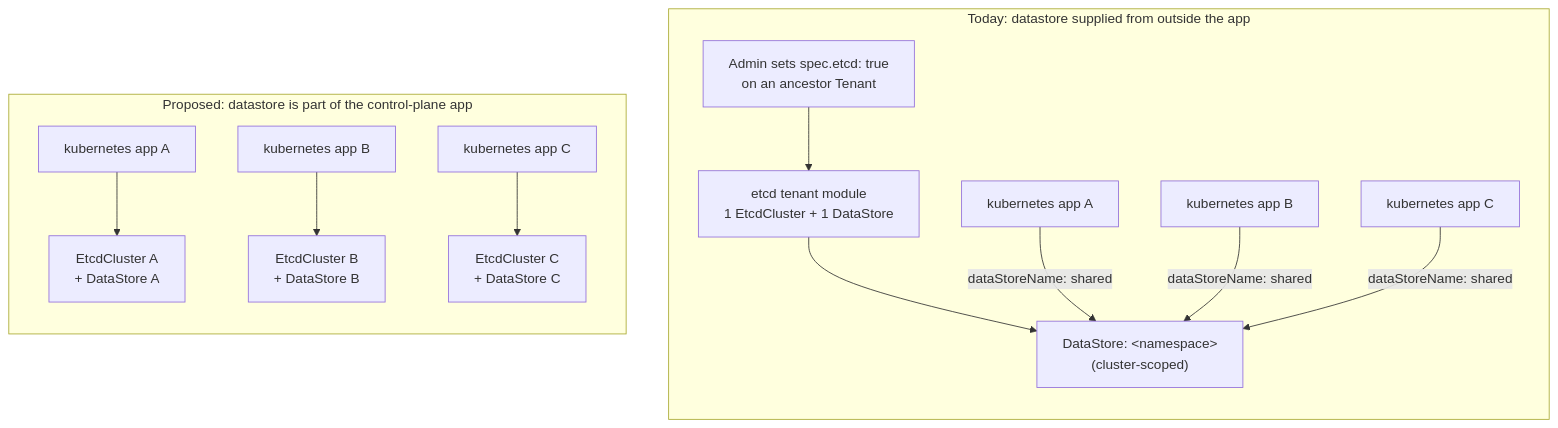
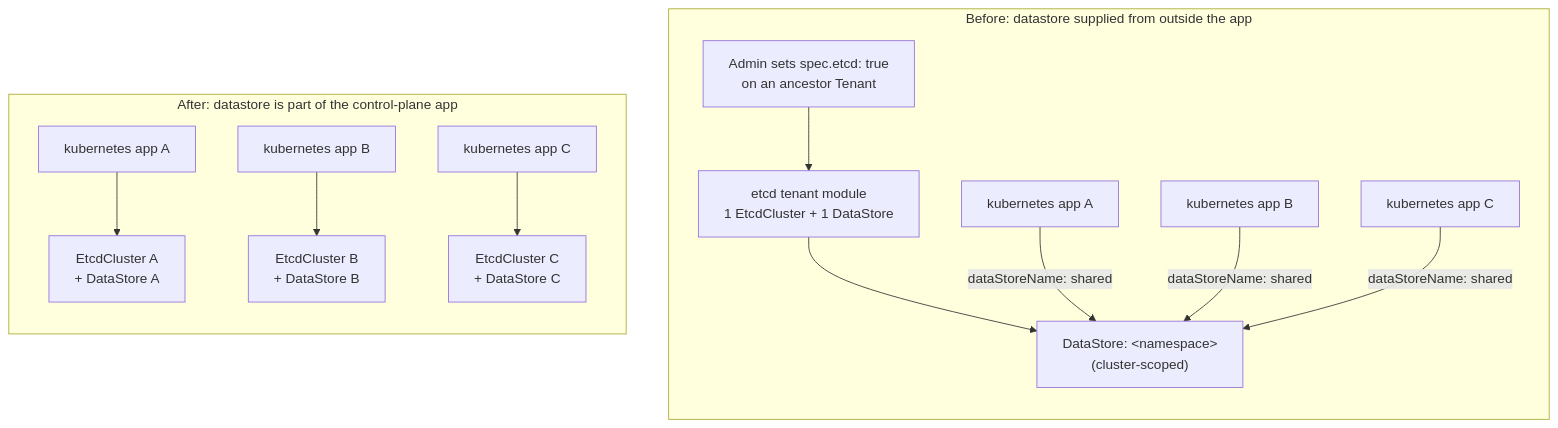
One commit to cozystack/community changed the diagram in design-proposals/etcd-per-cluster/README.md. Above: the diagram before and after it, drawn with Mermaid. The commit also changed other lines of this file and 3 other files, not shown here.

````diff
--- a/design-proposals/etcd-per-cluster/README.md
+++ b/design-proposals/etcd-per-cluster/README.md
@@ -72,18 +83,18 @@
 ```mermaid
 flowchart TD
-    subgraph today["Today: datastore supplied from outside the app"]
+    subgraph today["Before: datastore supplied from outside the app"]
       direction TB
       AdminT["Admin sets spec.etcd: true<br/>on an ancestor Tenant"] --> ETM["etcd tenant module<br/>1 EtcdCluster + 1 DataStore"]
       ETM --> DS["DataStore: &lt;namespace&gt;<br/>(cluster-scoped)"]
       K1["kubernetes app A"] -->|"dataStoreName: shared"| DS
       K2["kubernetes app B"] -->|"dataStoreName: shared"| DS
       K3["kubernetes app C"] -->|"dataStoreName: shared"| DS
     end
 
-    subgraph proposed["Proposed: datastore is part of the control-plane app"]
+    subgraph proposed["After: datastore is part of the control-plane app"]
       direction TB
       KA["kubernetes app A"] --> EA["EtcdCluster A<br/>+ DataStore A"]
       KB["kubernetes app B"] --> EB["EtcdCluster B<br/>+ DataStore B"]
       KC["kubernetes app C"] --> EC["EtcdCluster C<br/>+ DataStore C"]
     end
 ```
````
